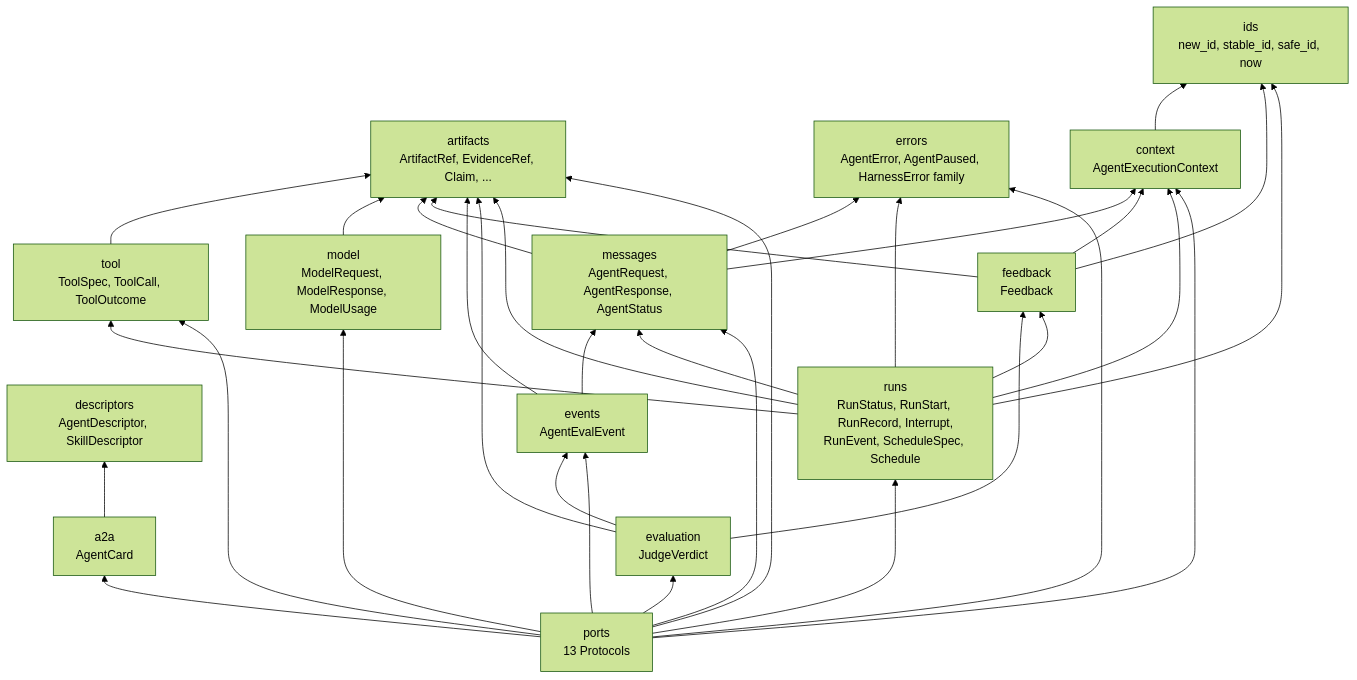
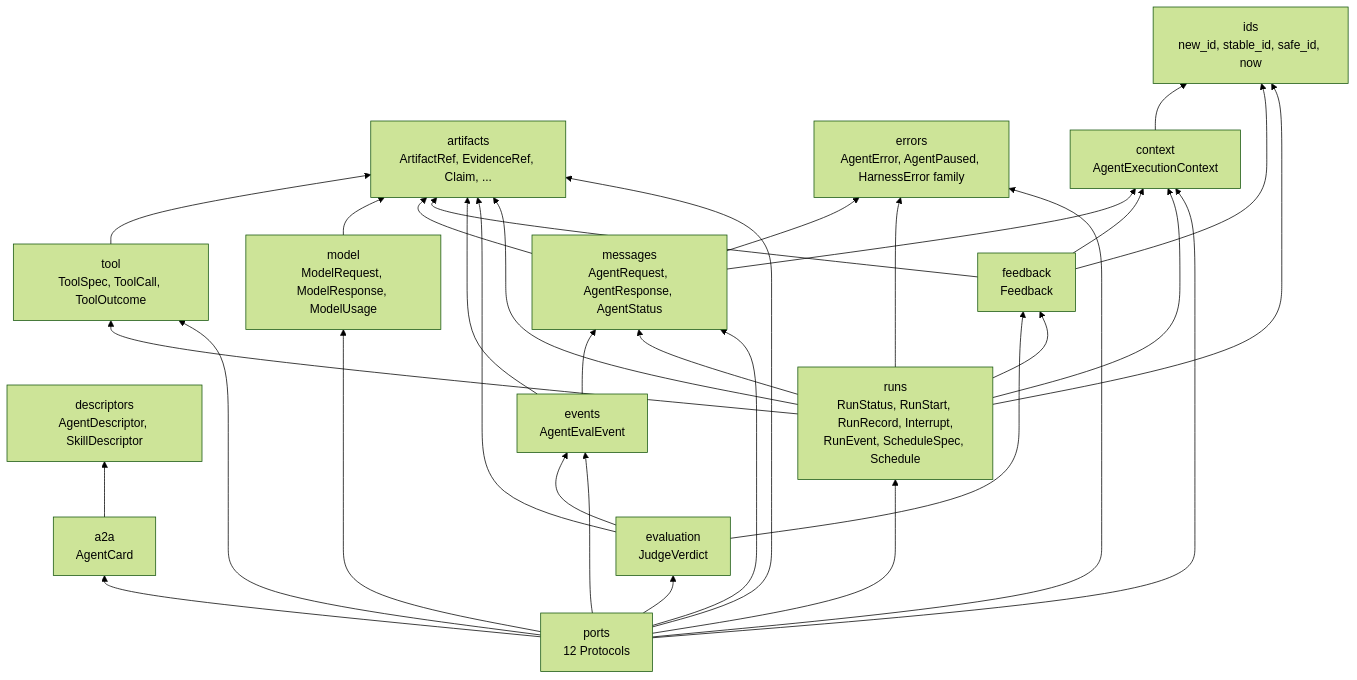
One commit to amitmohapatra/agent-contracts changed the second of 11 diagrams in docs/ARCHITECTURE.md. Above: the diagram before and after it, drawn with Mermaid (forest theme). The commit also changed other lines of this file and 1 other file, not shown here.

````diff
--- a/docs/ARCHITECTURE.md
+++ b/docs/ARCHITECTURE.md
@@ -43,28 +48,28 @@
 ```mermaid
 flowchart BT
   ids["ids<br/>new_id, stable_id, safe_id, now"]
   artifacts["artifacts<br/>ArtifactRef, EvidenceRef, Claim, ..."]
   errors["errors<br/>AgentError, AgentPaused, HarnessError family"]
   descriptors["descriptors<br/>AgentDescriptor, SkillDescriptor"]
   context["context<br/>AgentExecutionContext"]
   tool["tool<br/>ToolSpec, ToolCall, ToolOutcome"]
   model["model<br/>ModelRequest, ModelResponse, ModelUsage"]
   messages["messages<br/>AgentRequest, AgentResponse, AgentStatus"]
   feedback["feedback<br/>Feedback"]
   events["events<br/>AgentEvalEvent"]
   evaluation["evaluation<br/>JudgeVerdict"]
   a2a["a2a<br/>AgentCard"]
   runs["runs<br/>RunStatus, RunStart, RunRecord, Interrupt,<br/>RunEvent, ScheduleSpec, Schedule"]
-  ports["ports<br/>13 Protocols"]
+  ports["ports<br/>12 Protocols"]
 
   context --> ids
   tool --> artifacts
   model --> artifacts
   a2a --> descriptors
   messages --> artifacts & context & errors
   feedback --> artifacts & context & ids
   events --> artifacts & messages
   evaluation --> artifacts & events & feedback
   runs --> artifacts & context & errors & feedback & ids & messages & tool
   ports --> a2a & artifacts & context & errors & evaluation & events & messages & model & runs & tool
 ```
````
